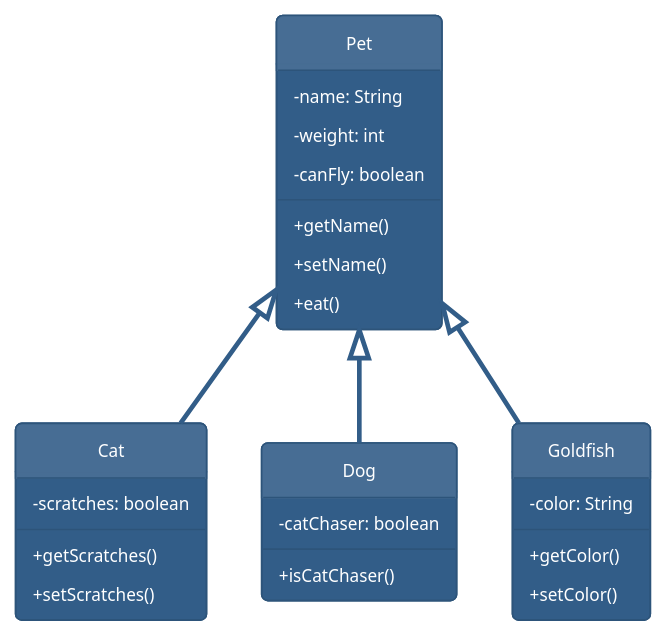
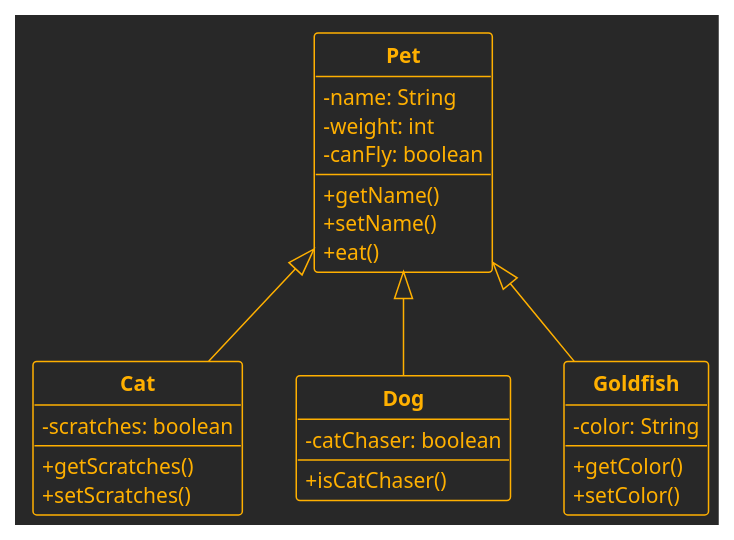
Before and after one commit to upyesp/upyesp.org: the diagram in content/posts/plantuml_example.puml, drawn with PlantUML. The commit also changed 7 other files, not shown here.

Commit message:
updated plantuml post with better code & comments

```diff
--- a/content/posts/plantuml_example.puml
+++ b/content/posts/plantuml_example.puml
@@ -1,36 +1,48 @@
 @startuml example_class_diagram
-!theme sandstone
+
+' this is a comment line
+
+' set the theme
+!theme crt-amber
+
+' hide PlantUML "circle", to use classic UML Class notation
 hide circle
+
+' show class attributes visibility as -,+,#,~ rather than icons
 skinparam classAttributeIconSize 0
 
-class Pet {
+
+' define class Pet and bold the name, using **
+class Pet as "**Pet**" {
   -name: String
   -weight: int
   -canFly: boolean
   +getName()
   +setName()
   +eat()
 }
 
-class Cat {
+class Cat as "**Cat**" {
   -scratches: boolean
   +getScratches()
   +setScratches()
 }
 
-class Dog {
+class Dog as "**Dog**" {
   -catChaser: boolean
   +isCatChaser()
 }
 
-class Goldfish {
+class Goldfish as "**Goldfish**" {
   -color: String
   +getColor()
   +setColor()
 }
 
+' represent inheritance relationships
 Pet <|-- Cat
 Pet <|-- Dog
-Pet <|-- Goldfish
+' or like this
+class Goldfish extends Pet
 
 @enduml
```
